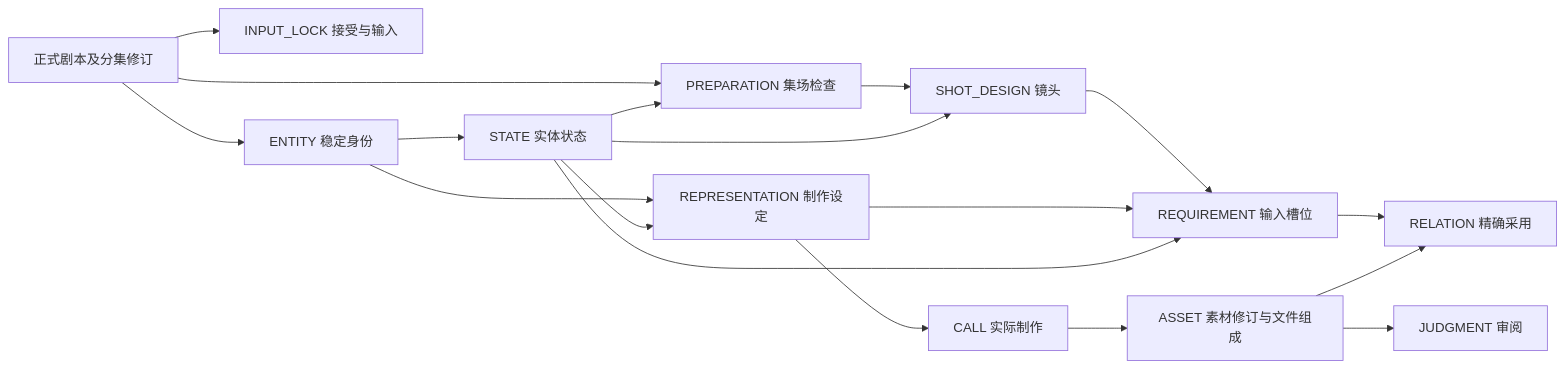
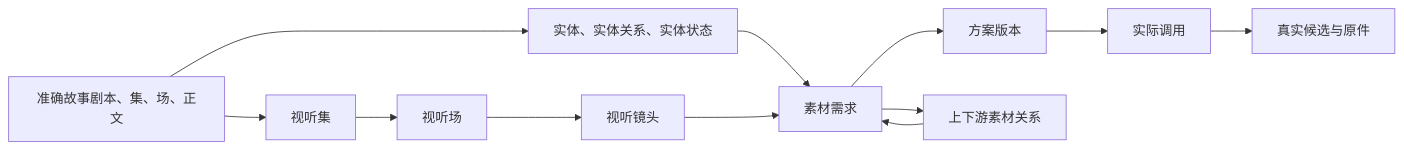
Before and after one commit to goosmanlei/story-review-desk: the diagram in docs/production.md, drawn with Mermaid. The commit also changed other lines of this file and 72 other files, not shown here.

````diff
--- a/docs/production.md
+++ b/docs/production.md
@@ -39,20 +23,14 @@
 ```mermaid
 flowchart LR
-  Script[正式剧本及分集修订] --> Lock[INPUT_LOCK 接受与输入]
-  Script --> Scene[PREPARATION 集场检查]
-  Script --> E[ENTITY 稳定身份]
-  E --> S[STATE 实体状态]
-  E --> R[REPRESENTATION 制作设定]
-  S --> R
-  Scene --> Shot[SHOT_DESIGN 镜头]
-  Shot --> Need[REQUIREMENT 输入槽位]
-  R --> Need
-  S --> Need
-  S --> Scene
-  S --> Shot
-  R --> Call[CALL 实际制作]
-  Call --> A[ASSET 素材修订与文件组成]
-  A --> J[JUDGMENT 审阅]
-  Need --> Use[RELATION 精确采用]
-  A --> Use
+  Story[准确故事剧本、集、场、正文] --> Entity[实体、实体关系、实体状态]
+  Story --> Episode[视听集]
+  Episode --> Scene[视听场]
+  Scene --> Shot[视听镜头]
+  Entity --> Need[素材需求]
+  Shot --> Need
+  Need --> Plan[方案版本]
+  Plan --> Call[实际调用]
+  Call --> Candidate[真实候选与原件]
+  Need --> Relation[上下游素材关系]
+  Relation --> Need
 ```
````
